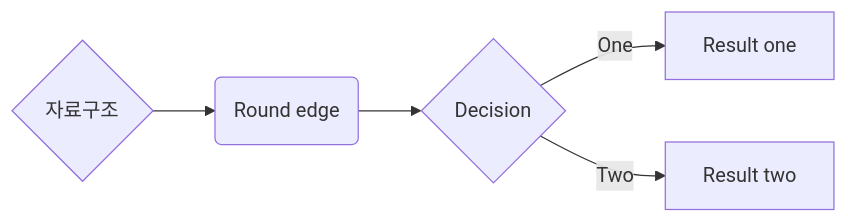
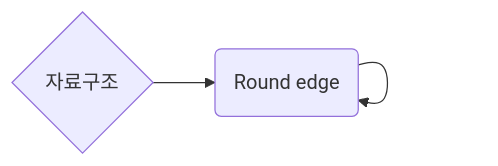
Before and after one commit to Elizabeth0311/Data_structure: the diagram in README.md, drawn with Mermaid.

````diff
--- a/README.md
+++ b/README.md
@@ -4,7 +4,5 @@
 ```mermaid
 graph LR
 A{자료구조} -->B(Round edge)
-    B --> C{Decision}
-    C -->|One| D[Result one]
-    C -->|Two| E[Result two]
+          -->B(Round edge)
 ```
````
